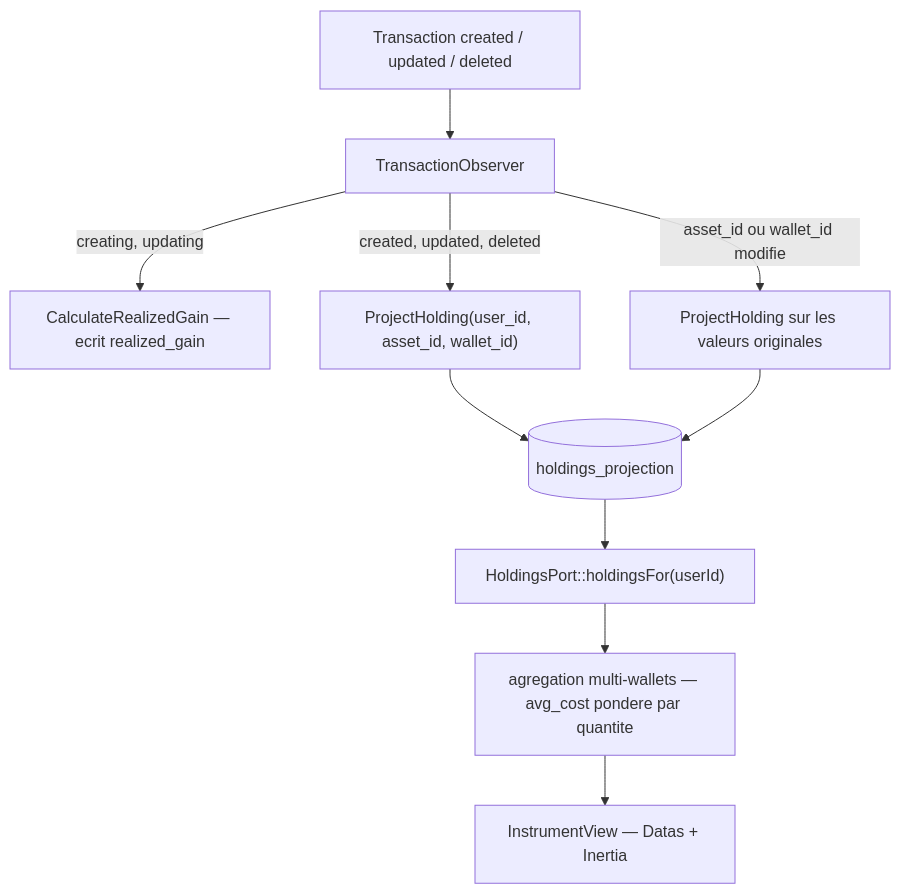
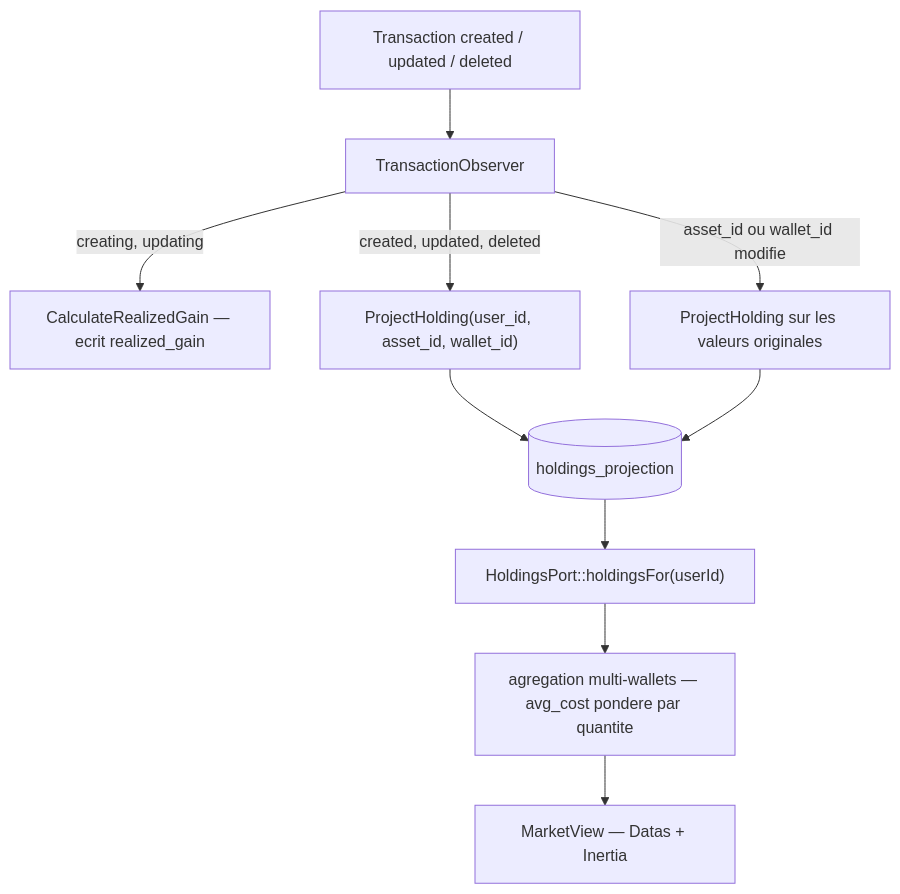
One commit to yanntyb/portefeuille changed the third of 3 diagrams in docs/data-model.md. Above: the diagram before and after it, drawn with Mermaid. The commit also changed other lines of this file and 59 other files, not shown here.

First line of the commit message:
refactor: renomme le contexte InstrumentView en MarketView

````diff
--- a/docs/data-model.md
+++ b/docs/data-model.md
@@ -130,12 +130,12 @@
 ```mermaid
 flowchart TD
     T["Transaction created / updated / deleted"] --> O["TransactionObserver"]
     O -->|"creating, updating"| G["CalculateRealizedGain — ecrit realized_gain"]
     O -->|"created, updated, deleted"| PJ["ProjectHolding(user_id, asset_id, wallet_id)"]
     PJ --> H[("holdings_projection")]
     O -->|"asset_id ou wallet_id modifie"| PJO["ProjectHolding sur les valeurs originales"]
     PJO --> H
     H --> HP["HoldingsPort::holdingsFor(userId)"]
     HP --> AGG["agregation multi-wallets — avg_cost pondere par quantite"]
-    AGG --> V["InstrumentView — Datas + Inertia"]
+    AGG --> V["MarketView — Datas + Inertia"]
 ```
````
